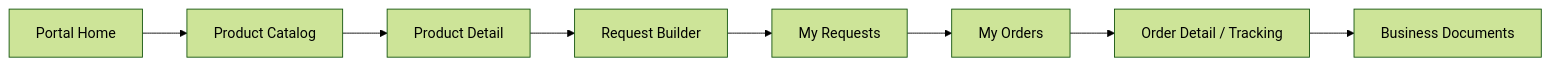
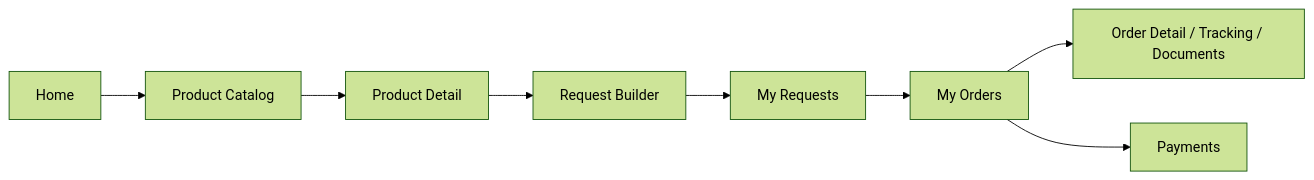
One commit to upc-pre-202610-1asi0729-12010-VulturesD/nexa-report changed the third of 3 diagrams in 40-chapter-4-product-design/4-2-information-architecture.md. Above: the diagram before and after it, drawn with Mermaid (forest theme). The commit also changed other lines of this file and 1 other file, not shown here.

First line of the commit message:
docs(ch4): add 4-2-information-architecture.md to ch4 structure

````diff
--- a/40-chapter-4-product-design/4-2-information-architecture.md
+++ b/40-chapter-4-product-design/4-2-information-architecture.md
@@ -265,10 +237,10 @@
 ```mermaid
 flowchart LR
-    Home["Portal Home"] --> Catalog["Product Catalog"]
+    Home["Home"] --> Catalog["Product Catalog"]
     Catalog --> Detail["Product Detail"]
-    Detail --> RequestBuilder["Request Builder"]
-    RequestBuilder --> Requests["My Requests"]
+    Detail --> Builder["Request Builder"]
+    Builder --> Requests["My Requests"]
     Requests --> Orders["My Orders"]
-    Orders --> OrderDetail["Order Detail / Tracking"]
-    OrderDetail --> Documents["Business Documents"]
+    Orders --> OrderDetail["Order Detail / Tracking / Documents"]
+    Orders --> Payments["Payments"]
 ```
````
